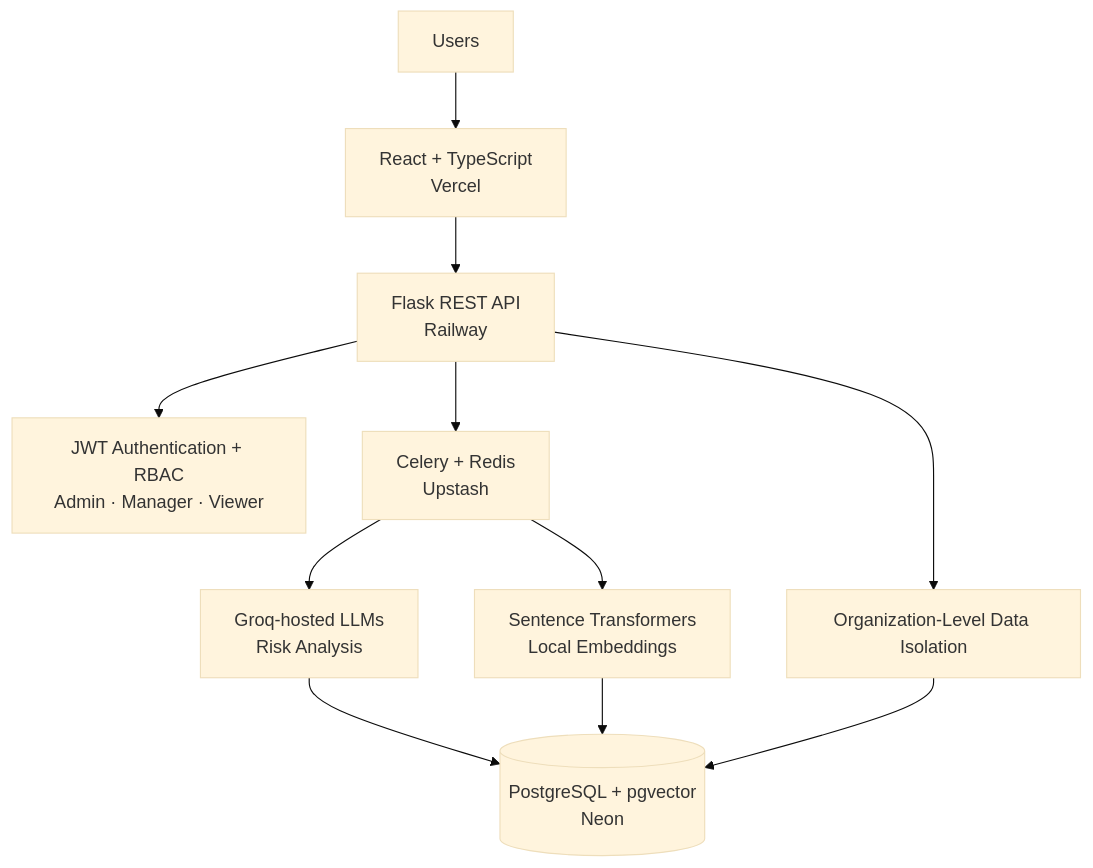
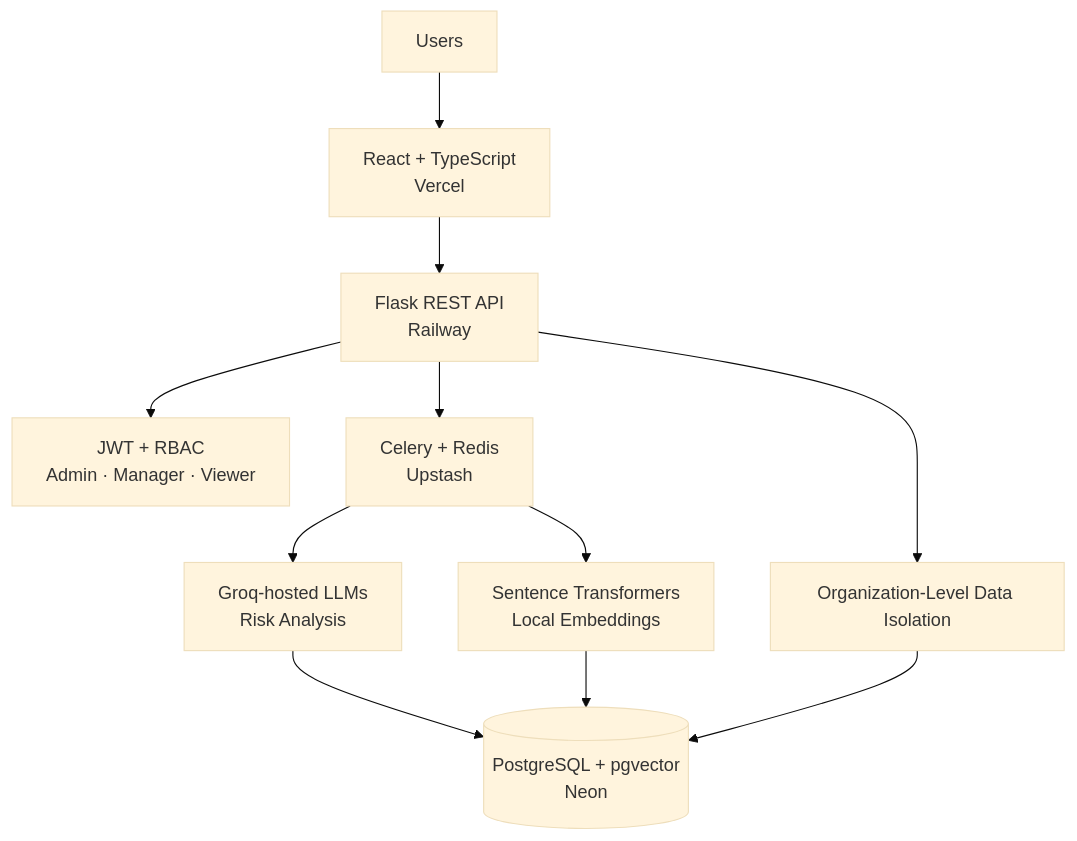
The third of 5 diagrams in README.md (Awab7-ux/Awab7-ux), drawn with Mermaid (base theme) before and after one commit. The commit also changed other lines of this file, not shown here.

````diff
--- a/README.md
+++ b/README.md
@@ -126,13 +108,13 @@
 ```mermaid
 flowchart TD
     U["Users"] --> FE["React + TypeScript<br/>Vercel"]
     FE --> API["Flask REST API<br/>Railway"]
-    API --> AUTH["JWT Authentication + RBAC<br/>Admin · Manager · Viewer"]
+    API --> AUTH["JWT + RBAC<br/>Admin · Manager · Viewer"]
     API --> TENANT["Organization-Level Data Isolation"]
     API --> WORKER["Celery + Redis<br/>Upstash"]
     WORKER --> AI["Groq-hosted LLMs<br/>Risk Analysis"]
     WORKER --> EMB["Sentence Transformers<br/>Local Embeddings"]
     AI --> DB[("PostgreSQL + pgvector<br/>Neon")]
     EMB --> DB
     TENANT --> DB
 ```
````
